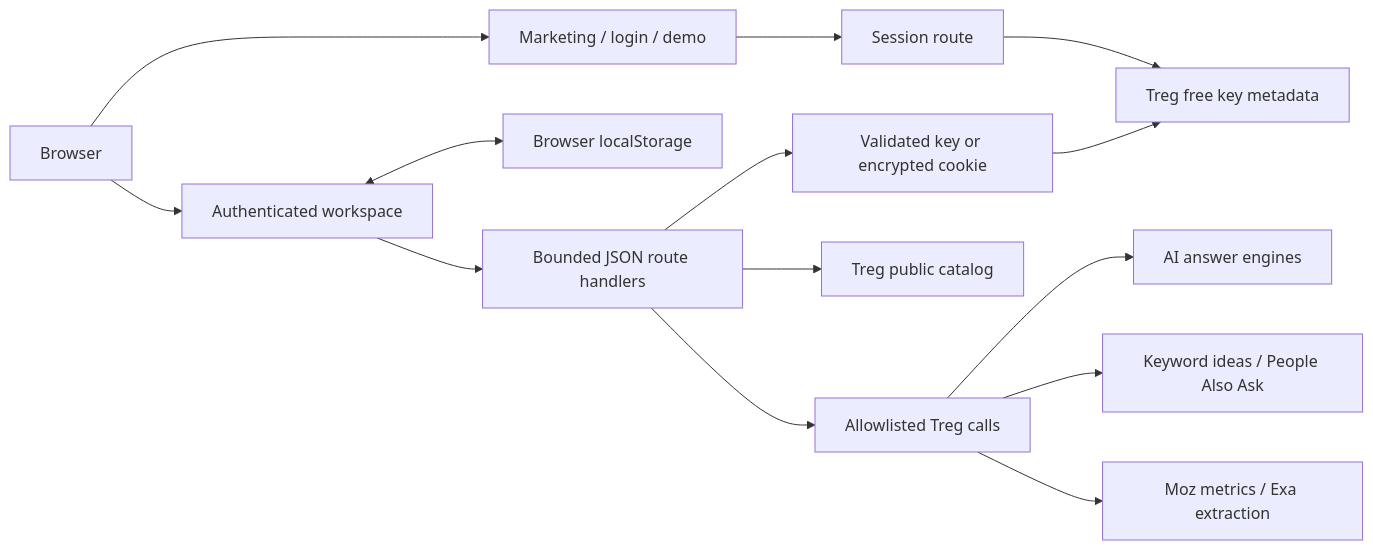
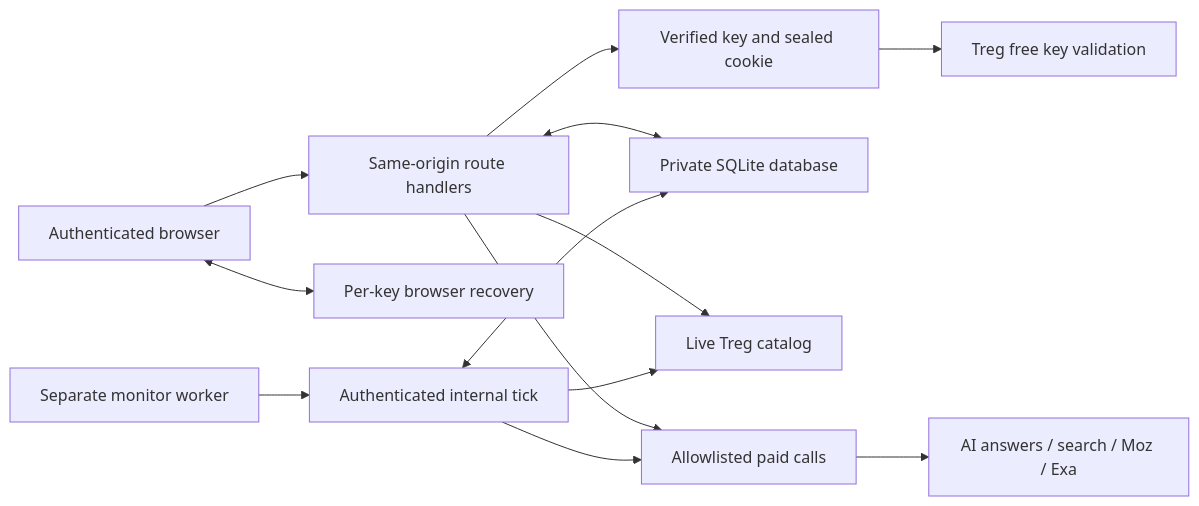
One commit to tomcharlesosman/treg-lens changed the diagram in docs/ARCHITECTURE.md. Above: the diagram before and after it, drawn with Mermaid. The commit also changed other lines of this file and 59 other files, not shown here.

````diff
--- a/docs/ARCHITECTURE.md
+++ b/docs/ARCHITECTURE.md
@@ -9,16 +9,15 @@
 ```mermaid
 flowchart LR
-  User[Browser] --> Public[Marketing / login / demo]
-  User --> Workspace[Authenticated workspace]
-  Workspace <--> Storage[Browser localStorage]
-  Public --> Session[Session route]
-  Workspace --> API[Bounded JSON route handlers]
-  Session --> Metadata[Treg free key metadata]
-  API --> Auth[Validated key or encrypted cookie]
-  Auth --> Metadata
-  API --> Catalog[Treg public catalog]
-  API --> Calls[Allowlisted Treg calls]
-  Calls --> Engines[AI answer engines]
-  Calls --> Search[Keyword ideas / People Also Ask]
-  Calls --> Sources[Moz metrics / Exa extraction]
+  Browser[Authenticated browser] --> API[Same-origin route handlers]
+  Browser <--> Recovery[Per-key browser recovery]
+  API --> Session[Verified key and sealed cookie]
+  Session --> Metadata[Treg free key validation]
+  API <--> SQLite[Private SQLite database]
+  API --> Catalog[Live Treg catalog]
+  API --> Calls[Allowlisted paid calls]
+  Worker[Separate monitor worker] --> Tick[Authenticated internal tick]
+  Tick <--> SQLite
+  Tick --> Catalog
+  Tick --> Calls
+  Calls --> Evidence[AI answers / search / Moz / Exa]
 ```
````
